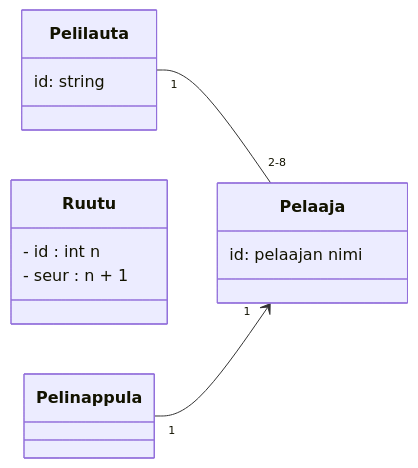
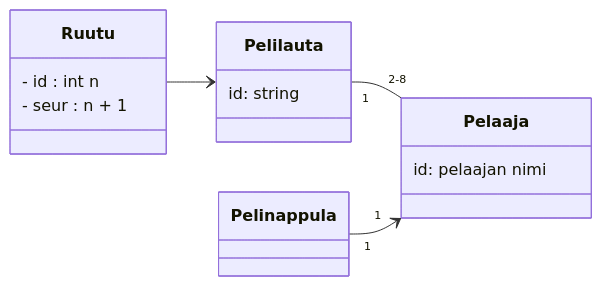
The diagram in laskarit/viikko3/monopoli.md (brotholi/ot-harjoitustyo), drawn with Mermaid before and after one commit.

````diff
--- a/laskarit/viikko3/monopoli.md
+++ b/laskarit/viikko3/monopoli.md
@@ -1,33 +1,33 @@
 ```mermaid
  classDiagram
     direction LR
     
     
     class Pelaaja {
         id: pelaajan nimi
     }
 
     class Pelilauta {
      id: string   
     }
     
     
     class Ruutu {
     - id : int n
     - seur : n + 1
     }
     
     class Pelinappula {
     }
     
 
     Pelilauta "1" -- "2-8" Pelaaja
     direction DT
     Pelinappula "1" --> "1" Pelaaja
-    
+    Ruutu --> Pelilauta
     
     
 
 
     
 ```
````
